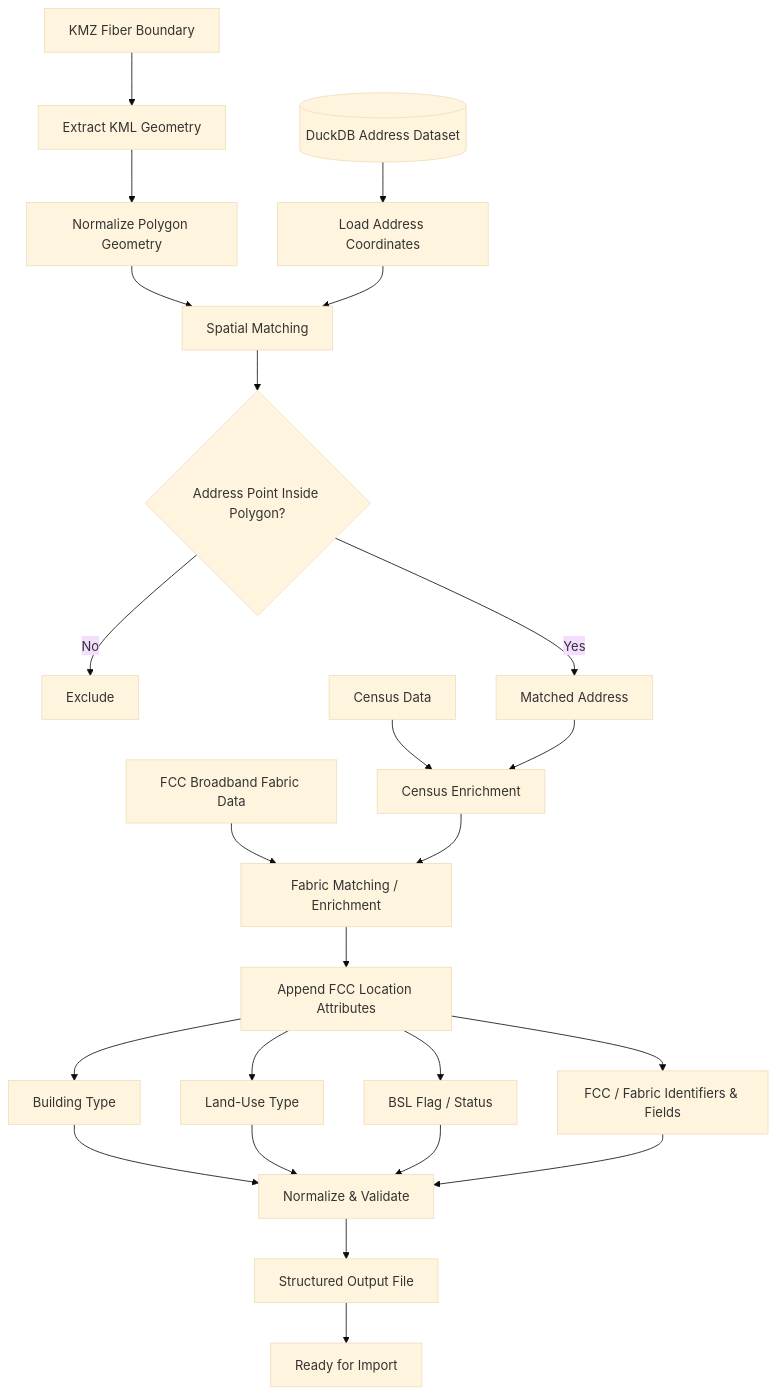
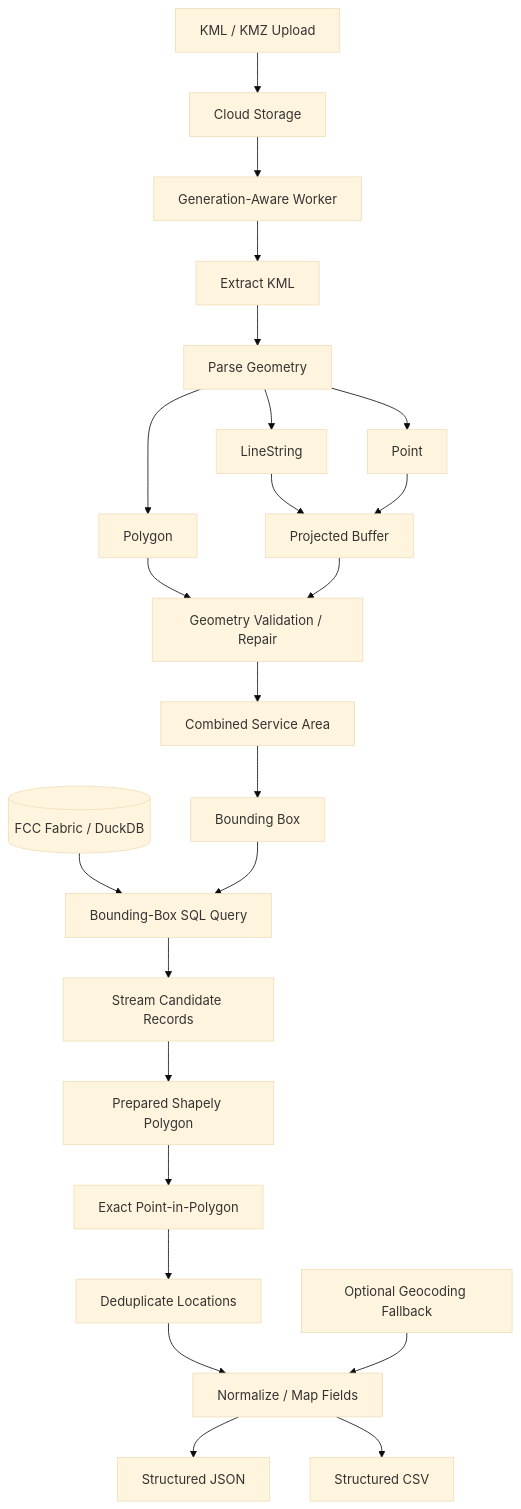
The diagram in README.md (kaseypelchy-ops/fiber-service-area-mapping-showcase), drawn with Mermaid (base theme) before and after one commit. The commit also changed other lines of this file, not shown here.

````diff
--- a/README.md
+++ b/README.md
@@ -29,34 +116,35 @@
 ```mermaid
 flowchart TD
-    A[KMZ Fiber Boundary] --> B[Extract KML Geometry]
-    B --> C[Normalize Polygon Geometry]
+    A[KML / KMZ Upload] --> B[Cloud Storage]
+    B --> C[Generation-Aware Worker]
 
-    D[(DuckDB Address Dataset)] --> E[Load Address Coordinates]
+    C --> D[Extract KML]
+    D --> E[Parse Geometry]
 
-    C --> F[Spatial Matching]
-    E --> F
+    E --> F[Polygon]
+    E --> G[LineString]
+    E --> H[Point]
 
-    F --> G{Address Point Inside Polygon?}
-    G -- No --> H[Exclude]
-    G -- Yes --> I[Matched Address]
+    G --> I[Projected Buffer]
+    H --> I
 
-    J[Census Data] --> K[Census Enrichment]
-    I --> K
+    F --> J[Geometry Validation / Repair]
+    I --> J
 
-    L[FCC Broadband Fabric Data] --> M[Fabric Matching / Enrichment]
-    K --> M
+    J --> K[Combined Service Area]
+    K --> L[Bounding Box]
 
-    M --> N[Append FCC Location Attributes]
-    N --> O[Building Type]
-    N --> P[Land-Use Type]
-    N --> Q[BSL Flag / Status]
-    N --> R[FCC / Fabric Identifiers & Fields]
+    M[(FCC Fabric / DuckDB)] --> N[Bounding-Box SQL Query]
+    L --> N
 
-    O --> S[Normalize & Validate]
-    P --> S
-    Q --> S
-    R --> S
+    N --> O[Stream Candidate Records]
+    O --> P[Prepared Shapely Polygon]
+    P --> Q[Exact Point-in-Polygon]
 
-    S --> T[Structured Output File]
-    T --> U[Ready for Import]
+    Q --> R[Deduplicate Locations]
+    R --> S[Normalize / Map Fields]
+    S --> T[Structured JSON]
+    S --> U[Structured CSV]
+
+    V[Optional Geocoding Fallback] --> S
 ```
````
